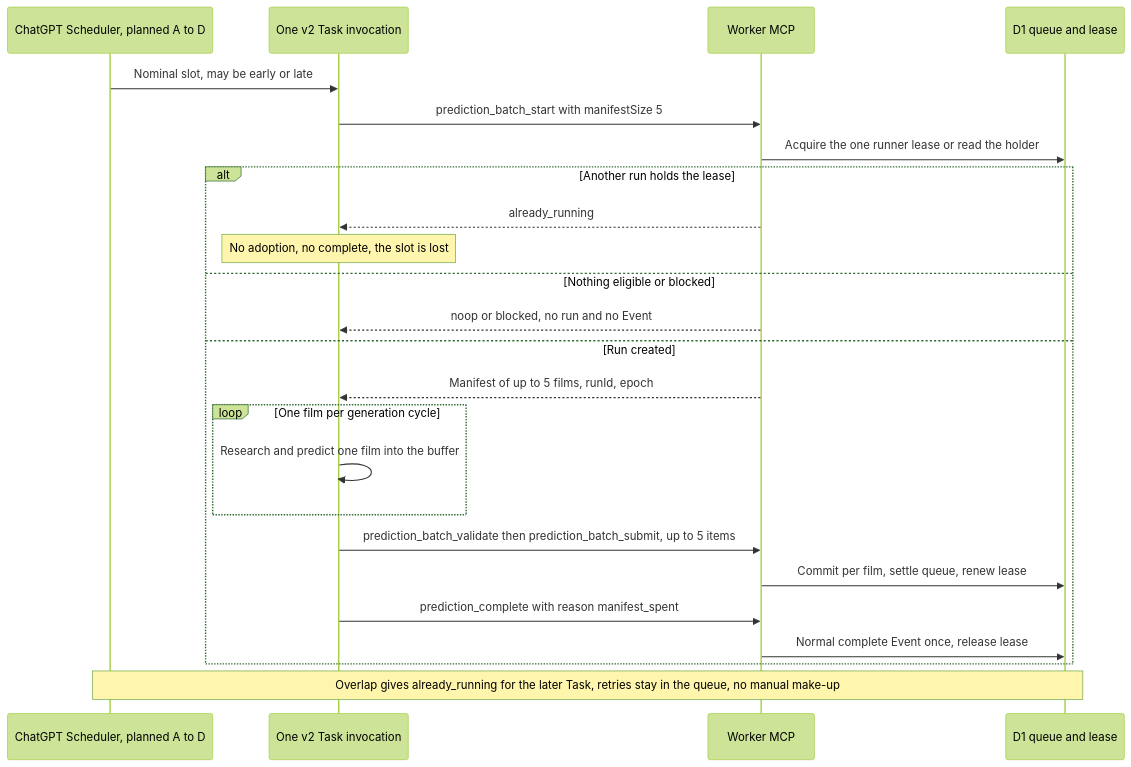
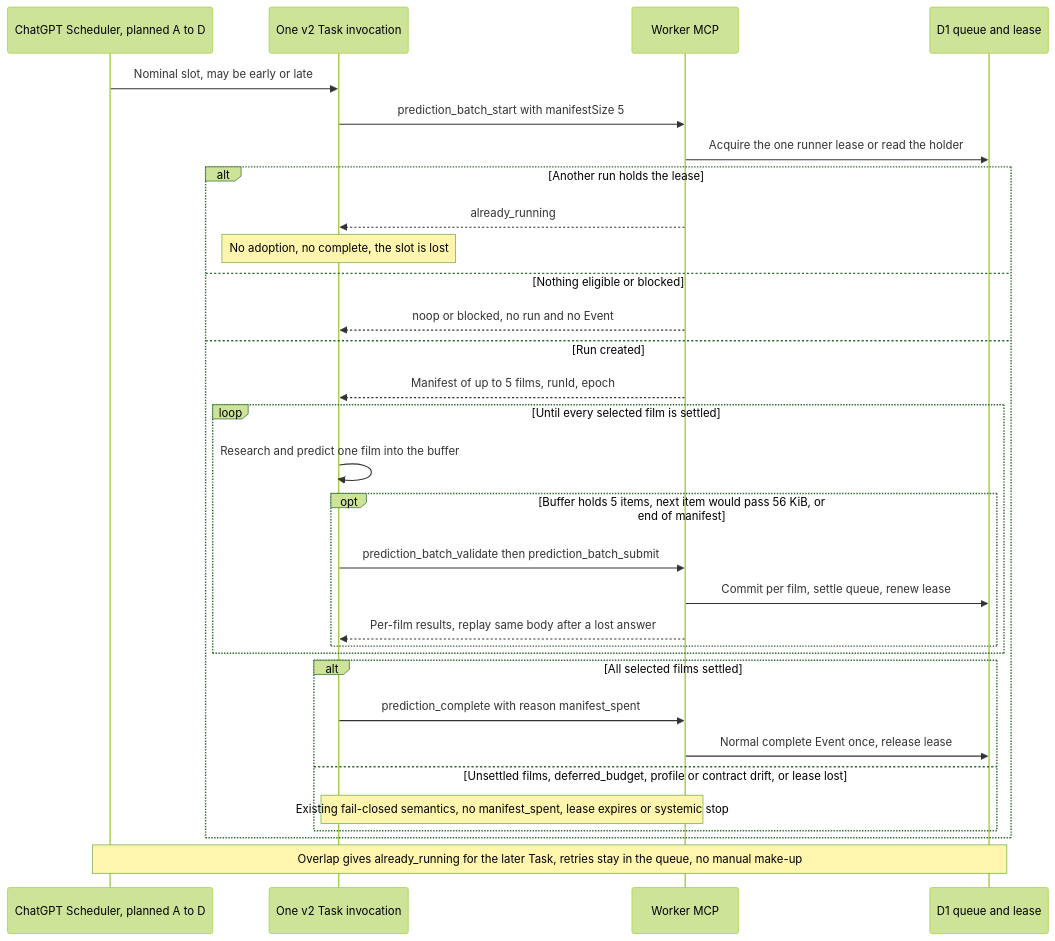
One commit to vladimino/iptv-watchlist changed the third of 11 diagrams in docs/architecture/scheduling-and-orchestration.md. Above: the diagram before and after it, drawn with Mermaid (forest theme). The commit also changed other lines of this file and 2 other files, not shown here.

Commit message:
docs: address AIR-451 review (protocol wording, canary reuse, manifest_spent branching)

````diff
--- a/docs/architecture/scheduling-and-orchestration.md
+++ b/docs/architecture/scheduling-and-orchestration.md
@@ -88,26 +88,33 @@
 ```mermaid
 sequenceDiagram
     participant Sched as ChatGPT Scheduler, planned A to D
     participant Task as One v2 Task invocation
     participant MCP as Worker MCP
     participant D1 as D1 queue and lease
     Sched->>Task: Nominal slot, may be early or late
     Task->>MCP: prediction_batch_start with manifestSize 5
     MCP->>D1: Acquire the one runner lease or read the holder
     alt Another run holds the lease
         MCP-->>Task: already_running
         Note over Task: No adoption, no complete, the slot is lost
     else Nothing eligible or blocked
         MCP-->>Task: noop or blocked, no run and no Event
     else Run created
         MCP-->>Task: Manifest of up to 5 films, runId, epoch
-        loop One film per generation cycle
+        loop Until every selected film is settled
             Task->>Task: Research and predict one film into the buffer
+            opt Buffer holds 5 items, next item would pass 56 KiB, or end of manifest
+                Task->>MCP: prediction_batch_validate then prediction_batch_submit
+                MCP->>D1: Commit per film, settle queue, renew lease
+                MCP-->>Task: Per-film results, replay same body after a lost answer
+            end
         end
-        Task->>MCP: prediction_batch_validate then prediction_batch_submit, up to 5 items
-        MCP->>D1: Commit per film, settle queue, renew lease
-        Task->>MCP: prediction_complete with reason manifest_spent
-        MCP->>D1: Normal complete Event once, release lease
+        alt All selected films settled
+            Task->>MCP: prediction_complete with reason manifest_spent
+            MCP->>D1: Normal complete Event once, release lease
+        else Unsettled films, deferred_budget, profile or contract drift, or lease lost
+            Note over Task,MCP: Existing fail-closed semantics, no manifest_spent, lease expires or systemic stop
+        end
     end
     Note over Sched,D1: Overlap gives already_running for the later Task, retries stay in the queue, no manual make-up
 ```
````
